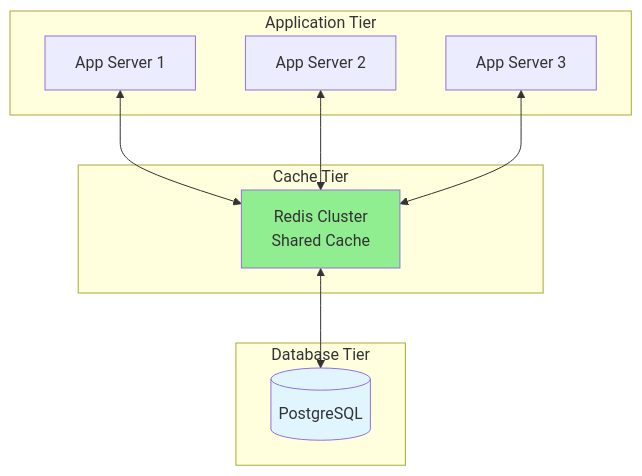
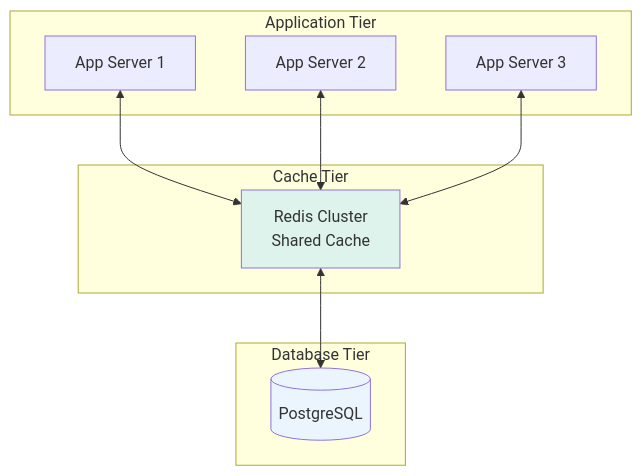
Before and after one commit to cartmancodes/InterviewVault: the fifth of 47 diagrams in LLD/CoreConcepts/Caching.md, drawn with Mermaid. The commit also changed other lines of this file and 679 other files, not shown here.

Commit message:
Unify content diagrams and add accessible visual walkthroughs

````diff
--- a/LLD/CoreConcepts/Caching.md
+++ b/LLD/CoreConcepts/Caching.md
@@ -134,24 +134,24 @@
 ```mermaid
 graph TB
     subgraph "Application Tier"
         APP1[App Server 1]
         APP2[App Server 2]
         APP3[App Server 3]
     end
     
     subgraph "Cache Tier"
         REDIS[Redis Cluster<br/>Shared Cache]
     end
     
     subgraph "Database Tier"
         DB[(PostgreSQL)]
     end
     
     APP1 <--> REDIS
     APP2 <--> REDIS
     APP3 <--> REDIS
     REDIS <--> DB
     
-    style REDIS fill:#90EE90
-    style DB fill:#e1f5ff
+    style REDIS fill:#DDF3EC
+    style DB fill:#EAF5FD
 ```
````
